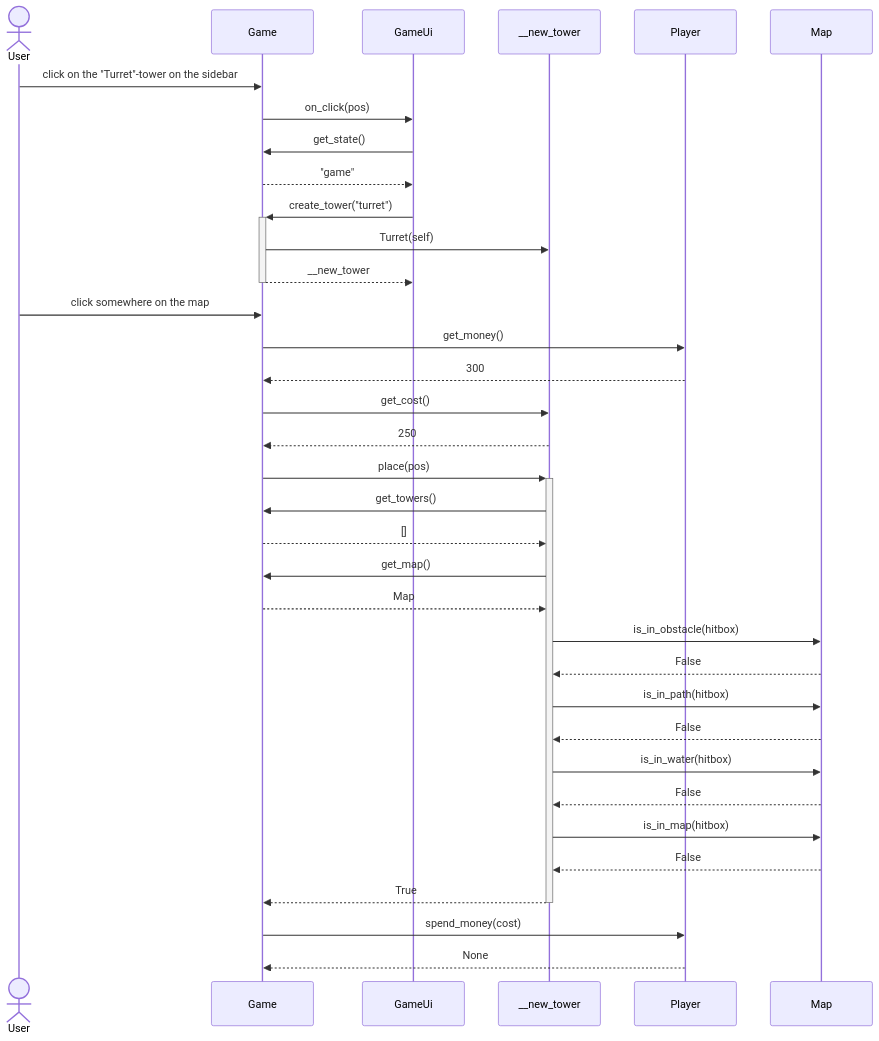
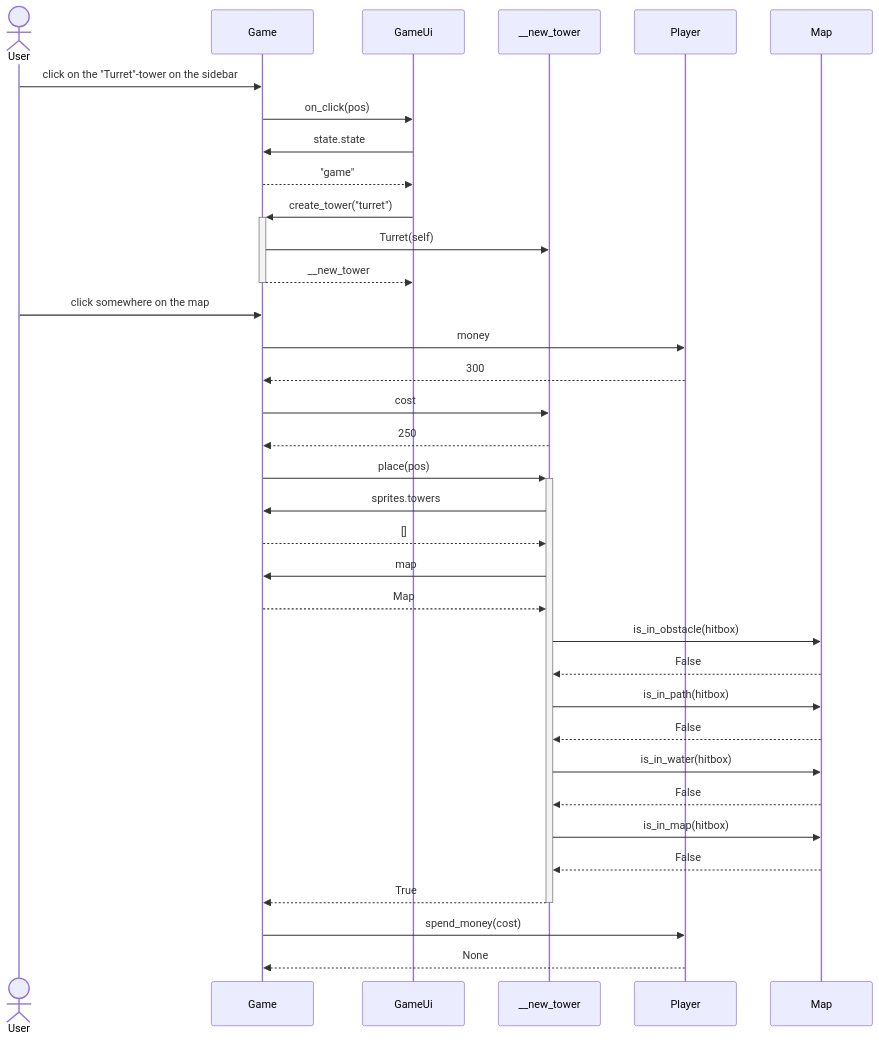
One commit to 3nd3r1/robot-invasion-defence-2 changed the second of 2 diagrams in robot-tower-defence-2/dokumentaatio/arkkitehtuuri.md. Above: the diagram before and after it, drawn with Mermaid. The commit also changed other lines of this file, not shown here.

````diff
--- a/robot-tower-defence-2/dokumentaatio/arkkitehtuuri.md
+++ b/robot-tower-defence-2/dokumentaatio/arkkitehtuuri.md
@@ -102,40 +115,40 @@
 ```mermaid
 sequenceDiagram
     actor User
     participant Game
     participant GameUi
     participant __new_tower
     participant Player
     participant Map
 
     User ->> Game: click on the "Turret"-tower on the sidebar
     Game ->> GameUi: on_click(pos)
-    GameUi ->> Game: get_state()
+    GameUi ->> Game: state.state
     Game -->> GameUi: "game"
     GameUi ->>+ Game: create_tower("turret")
     Game ->> __new_tower: Turret(self)
     Game -->>- GameUi: __new_tower
 
     User ->> Game: click somewhere on the map
-    Game ->> Player: get_money()
+    Game ->> Player: money
     Player -->> Game: 300
-    Game ->>  __new_tower: get_cost()
+    Game ->>  __new_tower: cost
     __new_tower -->> Game: 250
     Game ->>+ __new_tower: place(pos)
-    __new_tower ->> Game: get_towers()
+    __new_tower ->> Game: sprites.towers
     Game -->> __new_tower: []
-    __new_tower ->> Game: get_map()
+    __new_tower ->> Game: map
     Game -->> __new_tower: Map
     __new_tower ->> Map: is_in_obstacle(hitbox)
     Map -->> __new_tower: False
     __new_tower ->> Map: is_in_path(hitbox)
     Map -->> __new_tower: False
     __new_tower ->> Map: is_in_water(hitbox)
     Map -->> __new_tower: False
     __new_tower ->> Map: is_in_map(hitbox)
     Map -->> __new_tower: False
     __new_tower -->>- Game: True
     Game ->> Player: spend_money(cost)
     Player -->> Game: None
 
 ```
````
